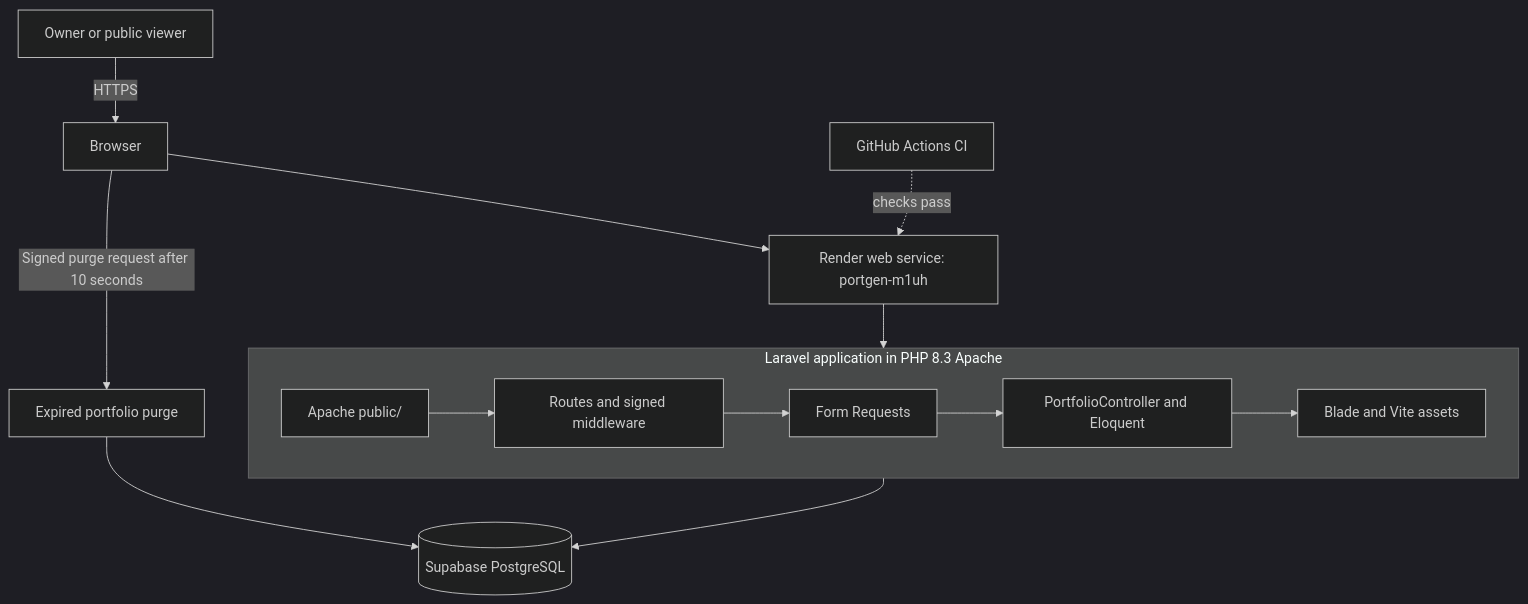
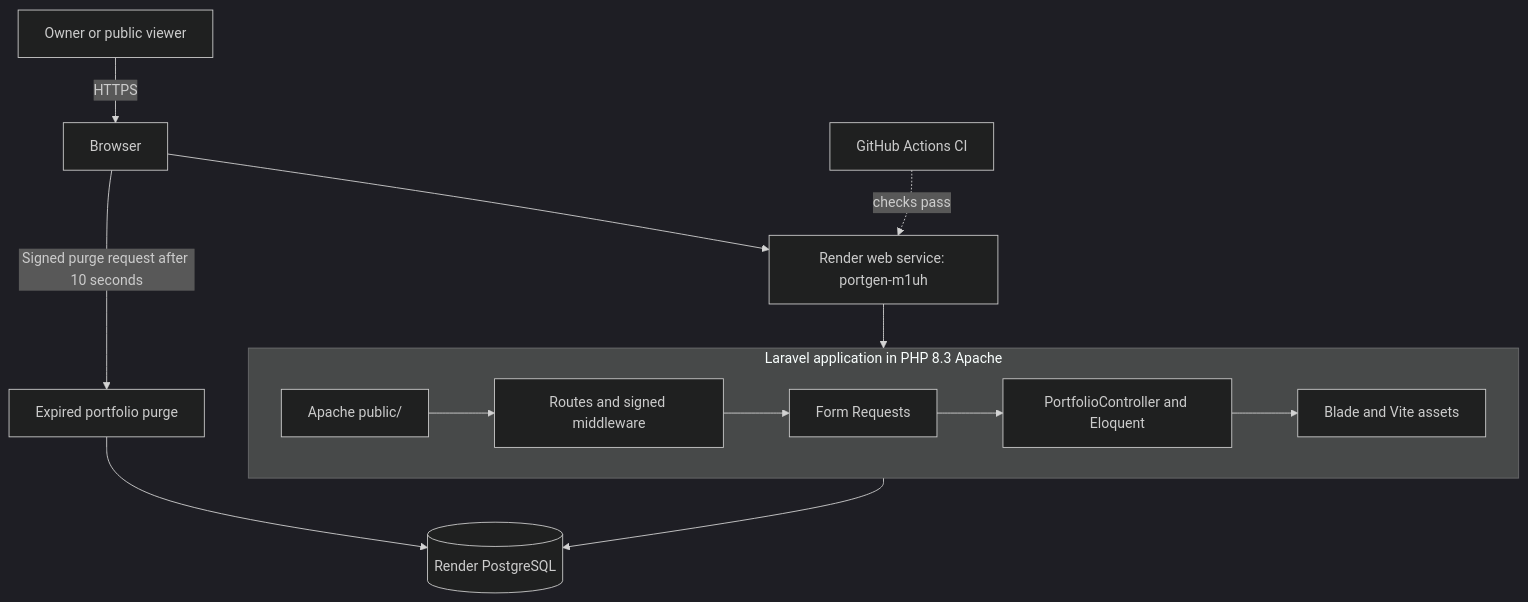
Before and after one commit to crazyfrogfrog84-dotcom/portgen: the diagram in docs/diagrams/system-architecture.mmd, drawn with Mermaid (dark theme). The commit also changed 8 other files, not shown here.

Commit message:
deploy: add free Render Postgres demo database

```diff
--- a/docs/diagrams/system-architecture.mmd
+++ b/docs/diagrams/system-architecture.mmd
@@ -1,12 +1,12 @@
 flowchart TB
     owner[Owner or public viewer] -->|HTTPS| browser[Browser]
     browser --> render[Render web service: portgen-m1uh]
     github[GitHub Actions CI] -. checks pass .-> render
     subgraph application[Laravel application in PHP 8.3 Apache]
         direction LR
         apache[Apache public/] --> routes[Routes and signed middleware] --> requests[Form Requests] --> controller[PortfolioController and Eloquent] --> views[Blade and Vite assets]
     end
     render --> apache
-    controller --> database[(Supabase PostgreSQL)]
+    controller --> database[(Render PostgreSQL)]
     browser -->|Signed purge request after 10 seconds| purge[Expired portfolio purge]
     purge --> database
```
